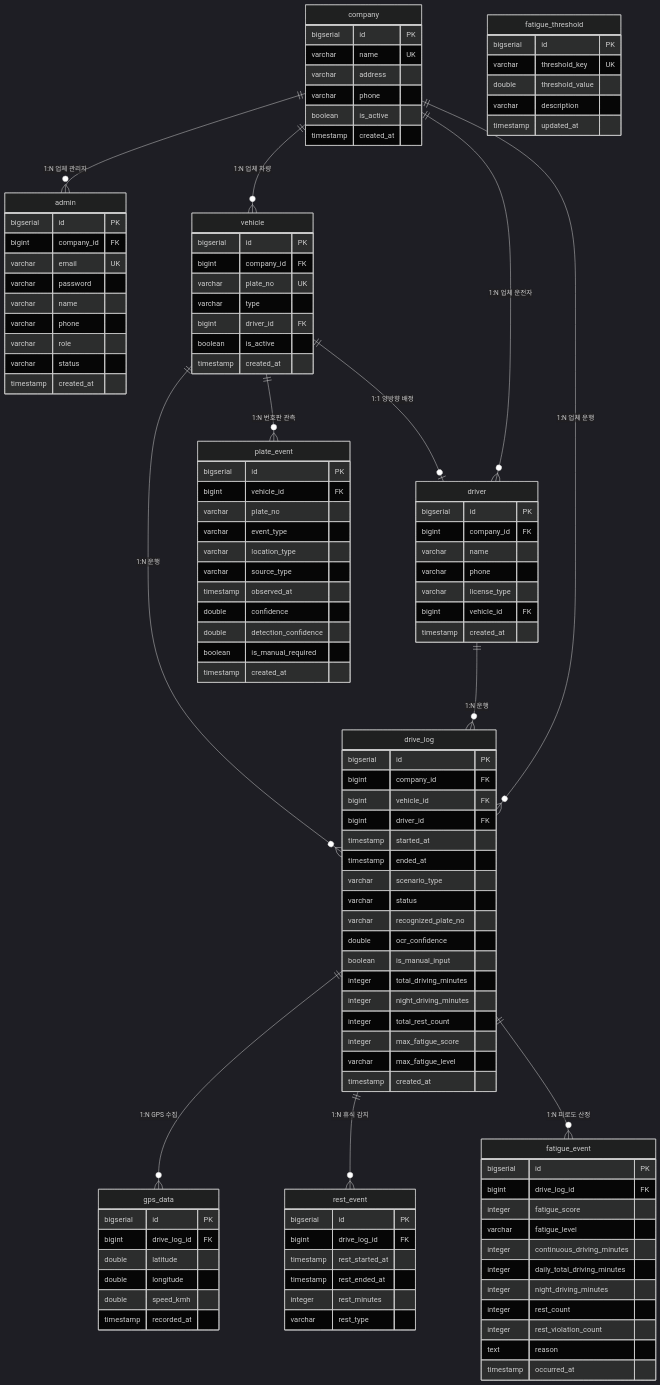
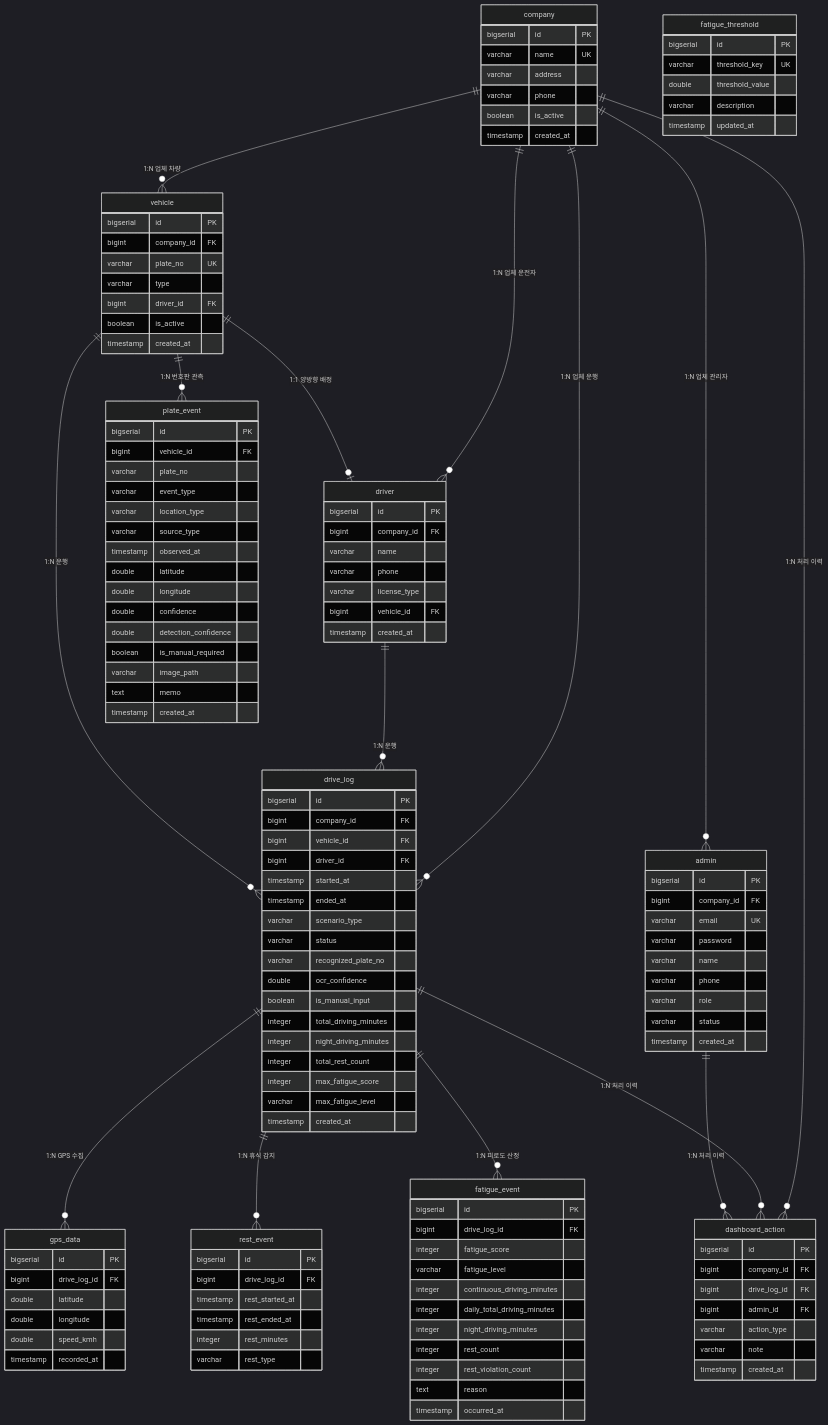
One commit to hwandroid921/logmile changed the diagram in logmile_deliverable/logmile_DB설계서.md. Above: the diagram before and after it, drawn with Mermaid (dark theme). The commit also changed other lines of this file and 2 other files, not shown here.

First line of the commit message:
[2026.05.27 seo] docs: dashboard_action 테이블 신규 반영 및 산출물 최신화

````diff
--- a/logmile_deliverable/logmile_DB설계서.md
+++ b/logmile_deliverable/logmile_DB설계서.md
@@ -168,21 +169,38 @@
         varchar   location_type
         varchar   source_type
         timestamp observed_at
+        double    latitude
+        double    longitude
         double    confidence
         double    detection_confidence
         boolean   is_manual_required
+        varchar   image_path
+        text      memo
         timestamp created_at
     }
 
-    company     ||--o{  admin         : "1:N 업체 관리자"
-    company     ||--o{  vehicle       : "1:N 업체 차량"
-    company     ||--o{  driver        : "1:N 업체 운전자"
-    company     ||--o{  drive_log     : "1:N 업체 운행"
-    vehicle     ||--o|  driver        : "1:1 양방향 배정"
-    driver      ||--o{  drive_log     : "1:N 운행"
-    vehicle     ||--o{  drive_log     : "1:N 운행"
-    vehicle     ||--o{  plate_event   : "1:N 번호판 관측"
-    drive_log   ||--o{  gps_data      : "1:N GPS 수집"
-    drive_log   ||--o{  rest_event    : "1:N 휴식 감지"
-    drive_log   ||--o{  fatigue_event : "1:N 피로도 산정"
+    dashboard_action {
+        bigserial id PK
+        bigint    company_id   FK
+        bigint    drive_log_id FK
+        bigint    admin_id     FK
+        varchar   action_type
+        varchar   note
+        timestamp created_at
+    }
+
+    company     ||--o{  admin            : "1:N 업체 관리자"
+    company     ||--o{  vehicle          : "1:N 업체 차량"
+    company     ||--o{  driver           : "1:N 업체 운전자"
+    company     ||--o{  drive_log        : "1:N 업체 운행"
+    company     ||--o{  dashboard_action : "1:N 처리 이력"
+    vehicle     ||--o|  driver           : "1:1 양방향 배정"
+    driver      ||--o{  drive_log        : "1:N 운행"
+    vehicle     ||--o{  drive_log        : "1:N 운행"
+    vehicle     ||--o{  plate_event      : "1:N 번호판 관측"
+    drive_log   ||--o{  gps_data         : "1:N GPS 수집"
+    drive_log   ||--o{  rest_event       : "1:N 휴식 감지"
+    drive_log   ||--o{  fatigue_event    : "1:N 피로도 산정"
+    drive_log   ||--o{  dashboard_action : "1:N 처리 이력"
+    admin       ||--o{  dashboard_action : "1:N 처리 이력"
 ```
````
